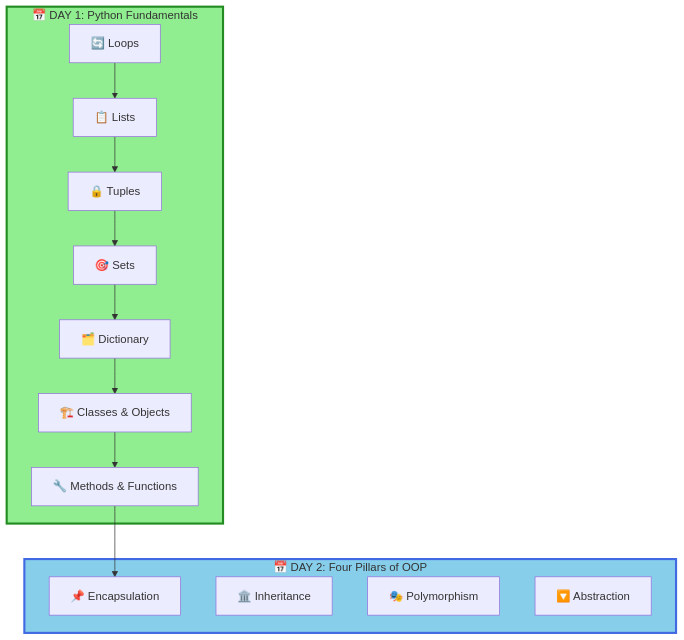
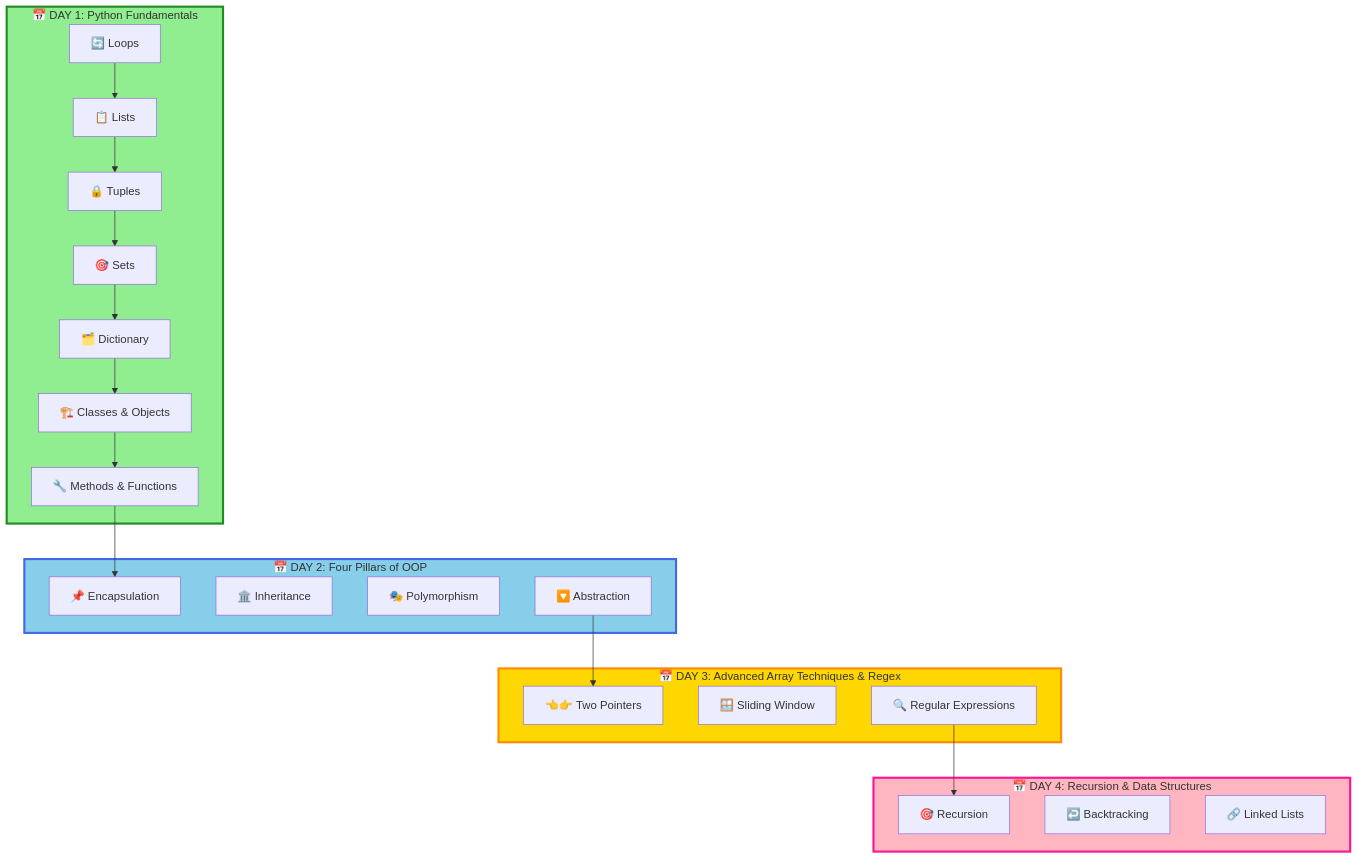
Before and after one commit to Shivambansal96/NMIMS_Mumbai: the diagram in Readme.md, drawn with Mermaid. The commit also changed other lines of this file, not shown here.

Commit message:
Day 3 Completed

````diff
--- a/Readme.md
+++ b/Readme.md
@@ -52,23 +66,39 @@
 ```mermaid
 graph TB
     subgraph Day1["📅 DAY 1: Python Fundamentals"]
         A["🔄 Loops"] --> B["📋 Lists"]
         B --> C["🔒 Tuples"]
         C --> D["🎯 Sets"]
         D --> E["🗂️ Dictionary"]
         E --> F["🏗️ Classes & Objects"]
         F --> G["🔧 Methods & Functions"]
     end
     
     subgraph Day2["📅 DAY 2: Four Pillars of OOP"]
         H["📌 Encapsulation"]
         I["🏛️ Inheritance"]
         J["🎭 Polymorphism"]
         K["🔽 Abstraction"]
     end
     
+    subgraph Day3["📅 DAY 3: Advanced Array Techniques & Regex"]
+        L["👈👉 Two Pointers"]
+        M["🪟 Sliding Window"]
+        N["🔍 Regular Expressions"]
+    end
+    
+    subgraph Day4["📅 DAY 4: Recursion & Data Structures"]
+        O["🎯 Recursion"]
+        P["↩️ Backtracking"]
+        Q["🔗 Linked Lists"]
+    end
+    
     G --> H
+    K --> L
+    N --> O
     
     style Day1 fill:#90EE90,stroke:#228B22,stroke-width:3px
     style Day2 fill:#87CEEB,stroke:#4169E1,stroke-width:3px
+    style Day3 fill:#FFD700,stroke:#FF8C00,stroke-width:3px
+    style Day4 fill:#FFB6C1,stroke:#FF1493,stroke-width:3px
 ```
````
